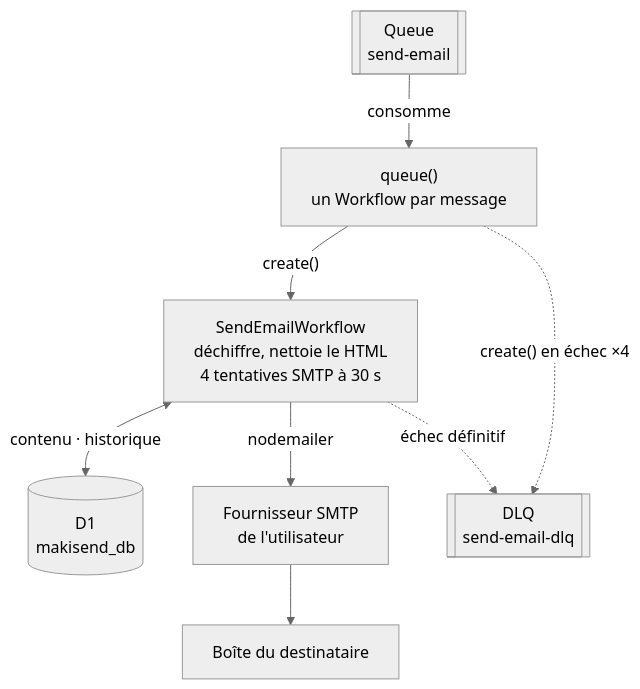
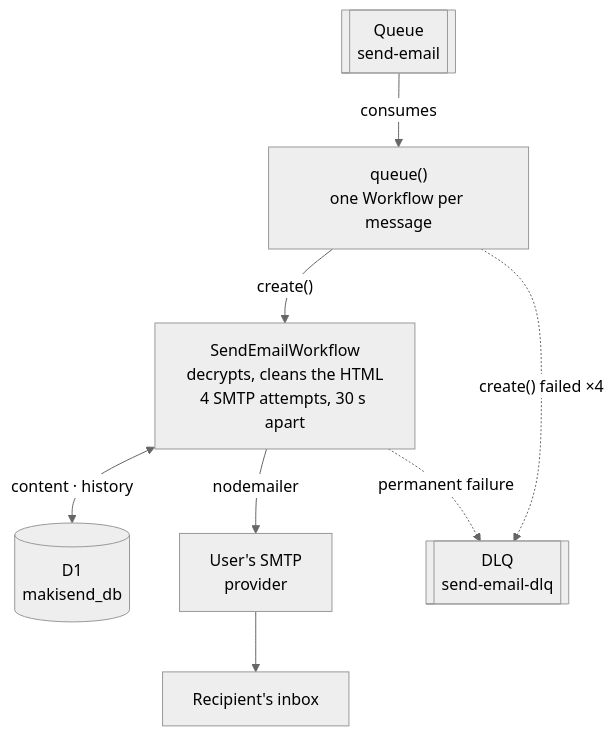
The second of 2 diagrams in README.md (lixalistudio-oss/makisend), drawn with Mermaid (neutral theme) before and after one commit. The commit also changed other lines of this file and 15 other files, not shown here.

````diff
--- a/README.md
+++ b/README.md
@@ -48,18 +48,18 @@
 ```mermaid
 flowchart TB
     q[["Queue<br/>send-email"]]
-    consumer["queue()<br/>un Workflow par message"]
-    wf["SendEmailWorkflow<br/>déchiffre, nettoie le HTML<br/>4 tentatives SMTP à 30 s"]
+    consumer["queue()<br/>one Workflow per message"]
+    wf["SendEmailWorkflow<br/>decrypts, cleans the HTML<br/>4 SMTP attempts, 30 s apart"]
     d1[("D1<br/>makisend_db")]
-    smtp["Fournisseur SMTP<br/>de l'utilisateur"]
-    inbox["Boîte du destinataire"]
+    smtp["User's SMTP<br/>provider"]
+    inbox["Recipient's inbox"]
     dlq[["DLQ<br/>send-email-dlq"]]
 
-    q -- "consomme" --> consumer
+    q -- "consumes" --> consumer
     consumer -- "create()" --> wf
-    wf <-- "contenu · historique" --> d1
+    wf <-- "content · history" --> d1
     wf -- "nodemailer" --> smtp
     smtp --> inbox
-    wf -. "échec définitif" .-> dlq
-    consumer -. "create() en échec ×4" .-> dlq
+    wf -. "permanent failure" .-> dlq
+    consumer -. "create() failed ×4" .-> dlq
 ```
````
